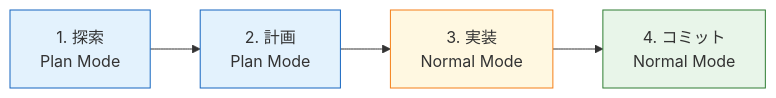
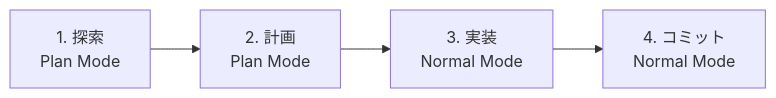
One commit to 0h-n0/zenn-contents changed the second of 2 diagrams in articles/c06ff696c6d2b5.md. Above: the diagram before and after it, drawn with Mermaid. The commit also changed other lines of this file and 13 other files, not shown here.

First line of the commit message:
fix: Mermaidダイアグラムのカスタムスタイル(fill/stroke/color)を削除

````diff
--- a/articles/c06ff696c6d2b5.md
+++ b/articles/c06ff696c6d2b5.md
@@ -194,10 +190,6 @@
 ```mermaid
 graph LR
     A["1. 探索<br/>Plan Mode"] --> B["2. 計画<br/>Plan Mode"]
     B --> C["3. 実装<br/>Normal Mode"]
     C --> D["4. コミット<br/>Normal Mode"]
-    style A fill:#e3f2fd,stroke:#1565c0
-    style B fill:#e3f2fd,stroke:#1565c0
-    style C fill:#fff8e1,stroke:#f57f17
-    style D fill:#e8f5e9,stroke:#2e7d32
 ```
````
